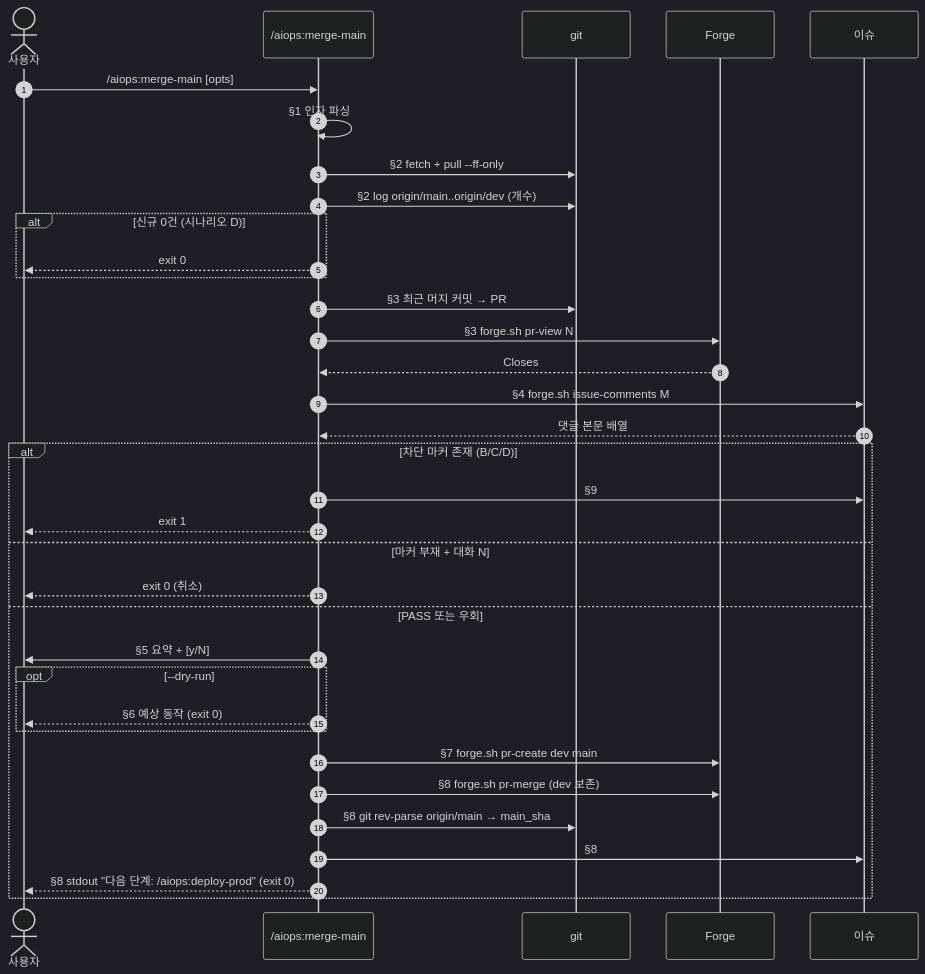
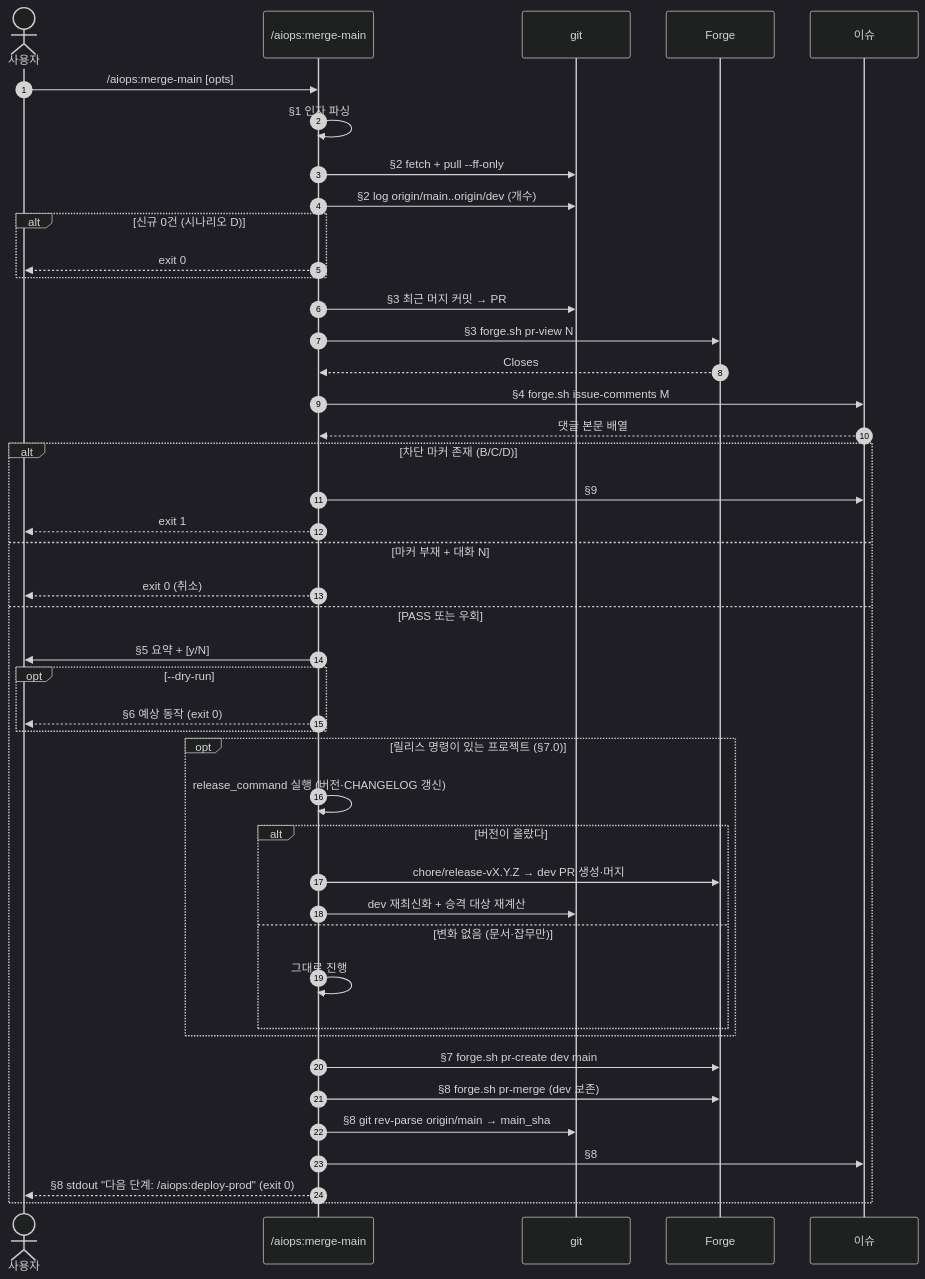
The diagram in aiops/skills/merge-main/SKILL.md (devworldltd/aiops), drawn with Mermaid (dark theme) before and after one commit. The commit also changed other lines of this file and 2 other files, not shown here.

````diff
--- a/aiops/skills/merge-main/SKILL.md
+++ b/aiops/skills/merge-main/SKILL.md
@@ -496,38 +593,47 @@
 ```mermaid
 sequenceDiagram
     autonumber
     actor U as 사용자
     participant MM as /aiops:merge-main
     participant G as git
     participant GH as Forge
     participant I as 이슈 #RECENT_ISSUE
 
     U->>MM: /aiops:merge-main [opts]
     MM->>MM: §1 인자 파싱
     MM->>G: §2 fetch + pull --ff-only
     MM->>G: §2 log origin/main..origin/dev (개수)
     alt 신규 0건 (시나리오 D)
         MM-->>U: exit 0
     end
     MM->>G: §3 최근 머지 커밋 → PR #N
     MM->>GH: §3 forge.sh pr-view N
     GH-->>MM: Closes #M
     MM->>I: §4 forge.sh issue-comments M
     I-->>MM: 댓글 본문 배열
     alt 차단 마커 존재 (B/C/D)
         MM->>I: §9 ## 🛑 main 머지 차단 + 사유
         MM-->>U: exit 1
     else 마커 부재 + 대화 N
         MM-->>U: exit 0 (취소)
     else PASS 또는 우회
         MM->>U: §5 요약 + [y/N]
         opt --dry-run
             MM-->>U: §6 예상 동작 (exit 0)
         end
+        opt 릴리스 명령이 있는 프로젝트 (§7.0)
+            MM->>MM: release_command 실행 (버전·CHANGELOG 갱신)
+            alt 버전이 올랐다
+                MM->>GH: chore/release-vX.Y.Z → dev PR 생성·머지
+                MM->>G: dev 재최신화 + 승격 대상 재계산
+            else 변화 없음 (문서·잡무만)
+                MM->>MM: 그대로 진행
+            end
+        end
         MM->>GH: §7 forge.sh pr-create dev main
         MM->>GH: §8 forge.sh pr-merge (dev 보존)
         MM->>G: §8 git rev-parse origin/main → main_sha
         MM->>I: §8 ## 🚀 main 머지 완료 + main_sha
         MM-->>U: §8 stdout "다음 단계: /aiops:deploy-prod" (exit 0)
     end
 ```
````
